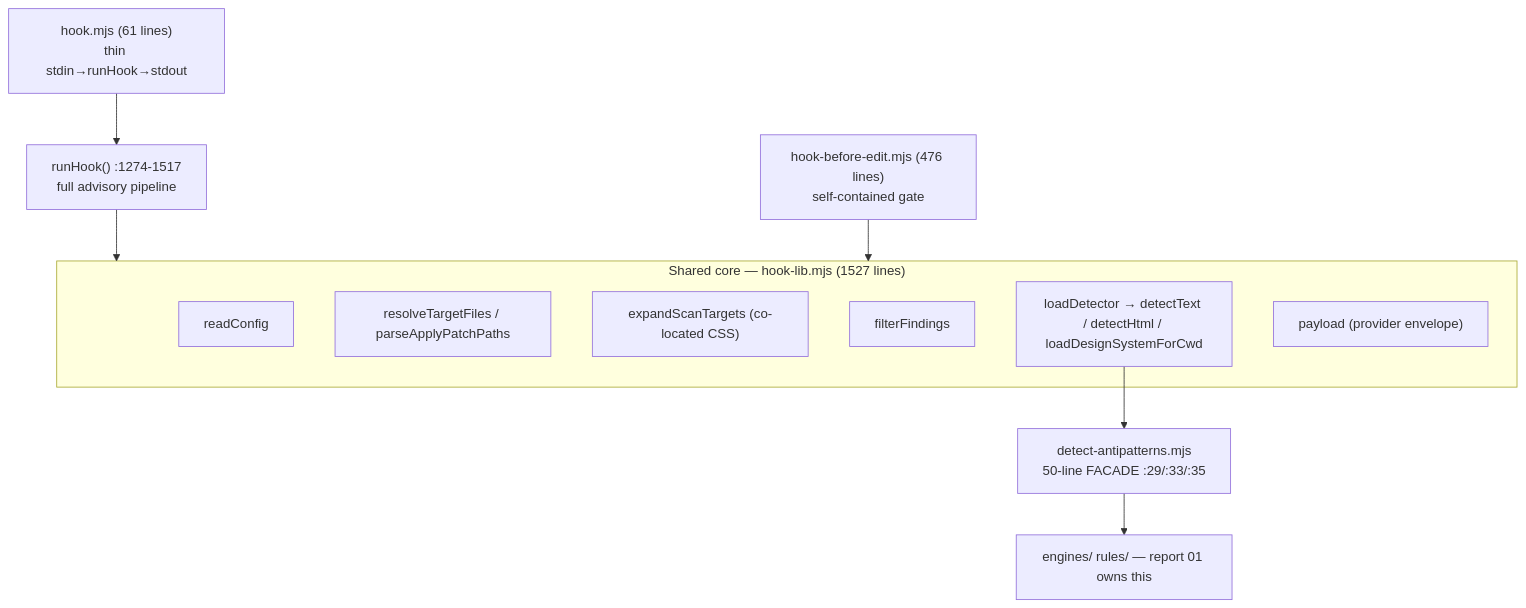
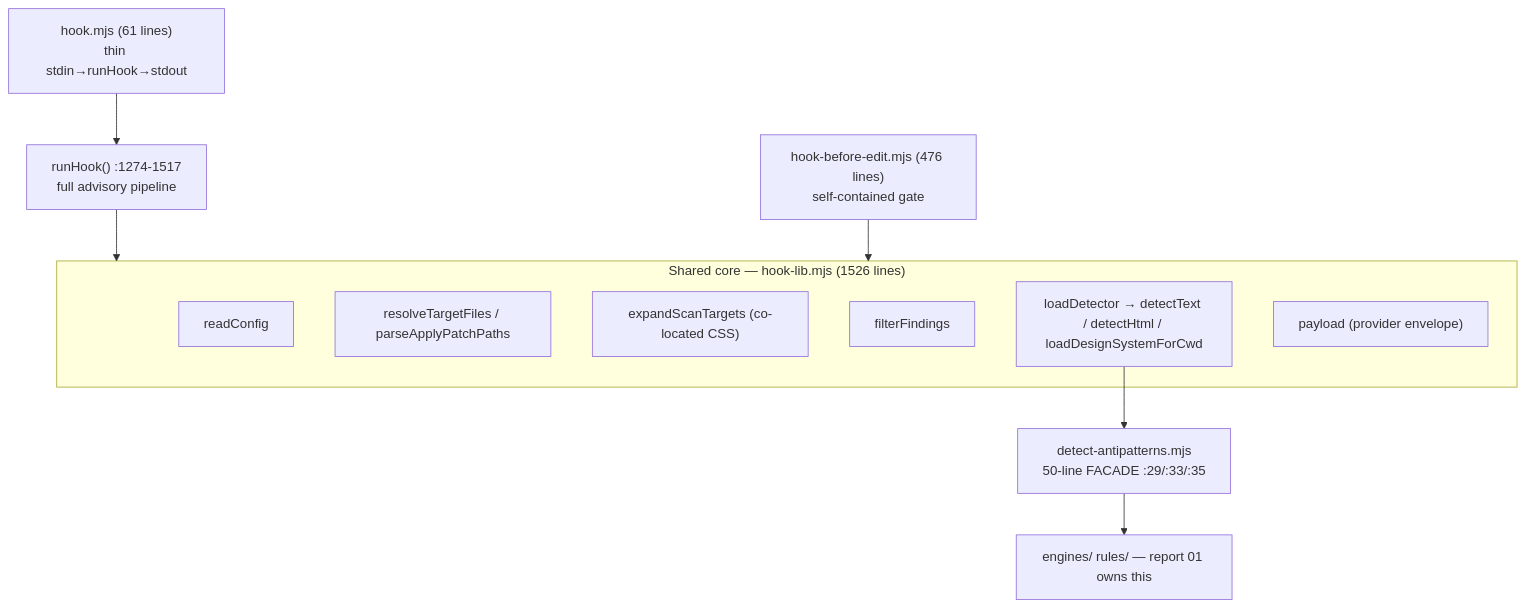
Before and after one commit to martinmoradi/yoinkit: the first of 4 diagrams in audit/impeccable/reports/05-hook-system/05a-hook-models-and-runtime-core.md, drawn with Mermaid. The commit also changed other lines of this file and 28 other files, not shown here.

````diff
--- a/audit/impeccable/reports/05-hook-system/05a-hook-models-and-runtime-core.md
+++ b/audit/impeccable/reports/05-hook-system/05a-hook-models-and-runtime-core.md
@@ -57,17 +57,17 @@
 ```mermaid
 flowchart TB
-  subgraph CORE["Shared core — hook-lib.mjs (1527 lines)"]
+  subgraph CORE["Shared core — hook-lib.mjs (1526 lines)"]
     RC["readConfig"]
     RT["resolveTargetFiles / parseApplyPatchPaths"]
     EX["expandScanTargets (co-located CSS)"]
     FF["filterFindings"]
     LD["loadDetector → detectText / detectHtml / loadDesignSystemForCwd"]
     PAY["payload (provider envelope)"]
   end
   HM["hook.mjs (61 lines)<br/>thin stdin→runHook→stdout"] --> RUNHOOK["runHook() :1274-1517<br/>full advisory pipeline"]
   RUNHOOK --> CORE
   HBE["hook-before-edit.mjs (476 lines)<br/>self-contained gate"] --> CORE
   DET["detect-antipatterns.mjs<br/>50-line FACADE :29/:33/:35"]
   LD --> DET
   DET --> ENG["engines/ rules/ — report 01 owns this"]
 ```
````
